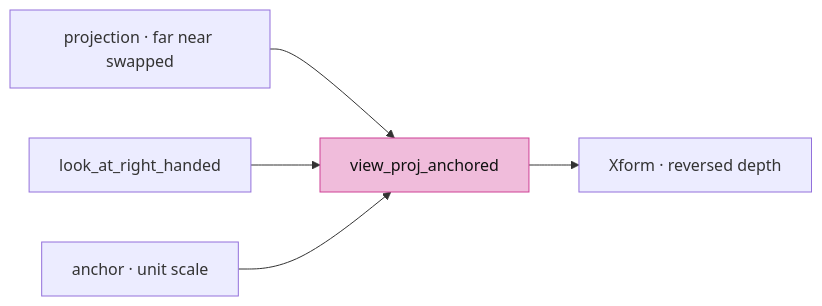
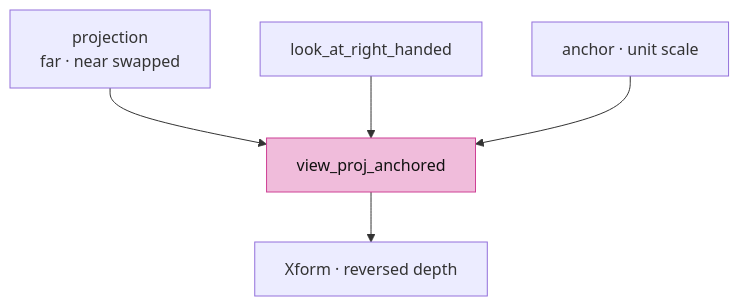
One commit to petrasvestartas/session changed the eighth of 11 diagrams in session_viewer/docs/02-camera.md. Above: the diagram before and after it, drawn with Mermaid. The commit also changed other lines of this file and 34 other files, not shown here.

First line of the commit message:
Course: each lesson teaches its file's final form; diagrams fit the column

````diff
--- a/session_viewer/docs/02-camera.md
+++ b/session_viewer/docs/02-camera.md
@@ -122,8 +122,8 @@
 ```mermaid
-flowchart LR
-    P["projection · far near swapped"] --> M["view_proj_anchored"]
+flowchart TB
+    P["projection<br>far · near swapped"] --> M["view_proj_anchored"]
     V["look_at_right_handed"] --> M
     A["anchor · unit scale"] --> M
     M --> X["Xform · reversed depth"]
     style M fill:#f0bcdb,stroke:#ce4095,color:#111
 ```
````
